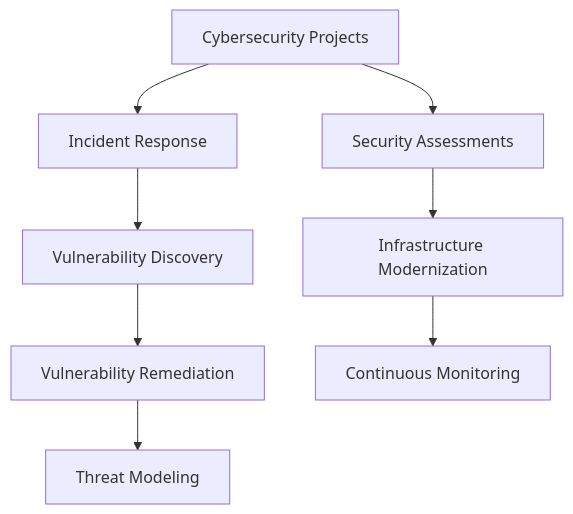
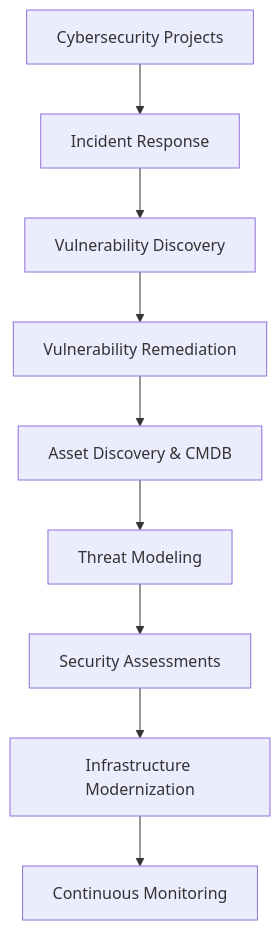
One commit to EnoMada/EnoMada changed the diagram in projects.md. Above: the diagram before and after it, drawn with Mermaid. The commit also changed other lines of this file, not shown here.

````diff
--- a/projects.md
+++ b/projects.md
@@ -101,11 +98,11 @@
 ```mermaid
 graph TD;
   A[Cybersecurity Projects] --> B[Incident Response];
   B --> C[Vulnerability Discovery];
   C --> D[Vulnerability Remediation];
-  D --> E[Threat Modeling];
-
-  A --> F[Security Assessments];
-  F --> G[Infrastructure Modernization];
-  G --> H[Continuous Monitoring];
+  D --> E[Asset Discovery & CMDB];
+  E --> F[Threat Modeling];
+  F --> G[Security Assessments];
+  G --> H[Infrastructure Modernization];
+  H --> I[Continuous Monitoring];
 ```
````
